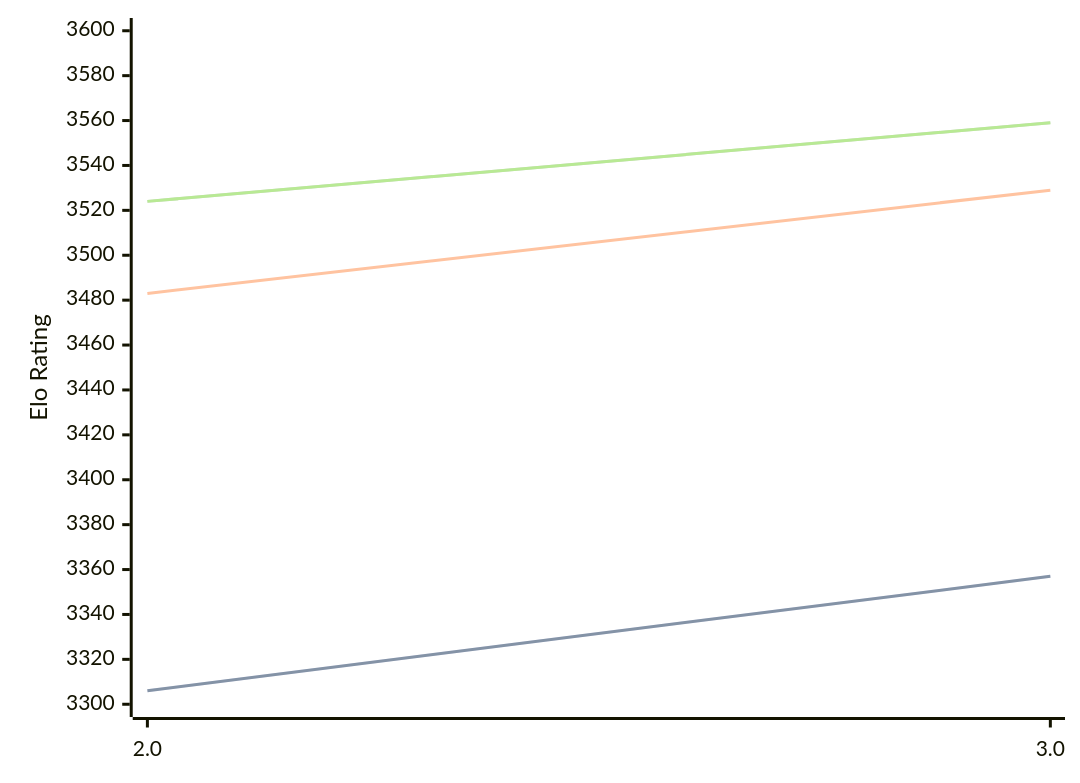
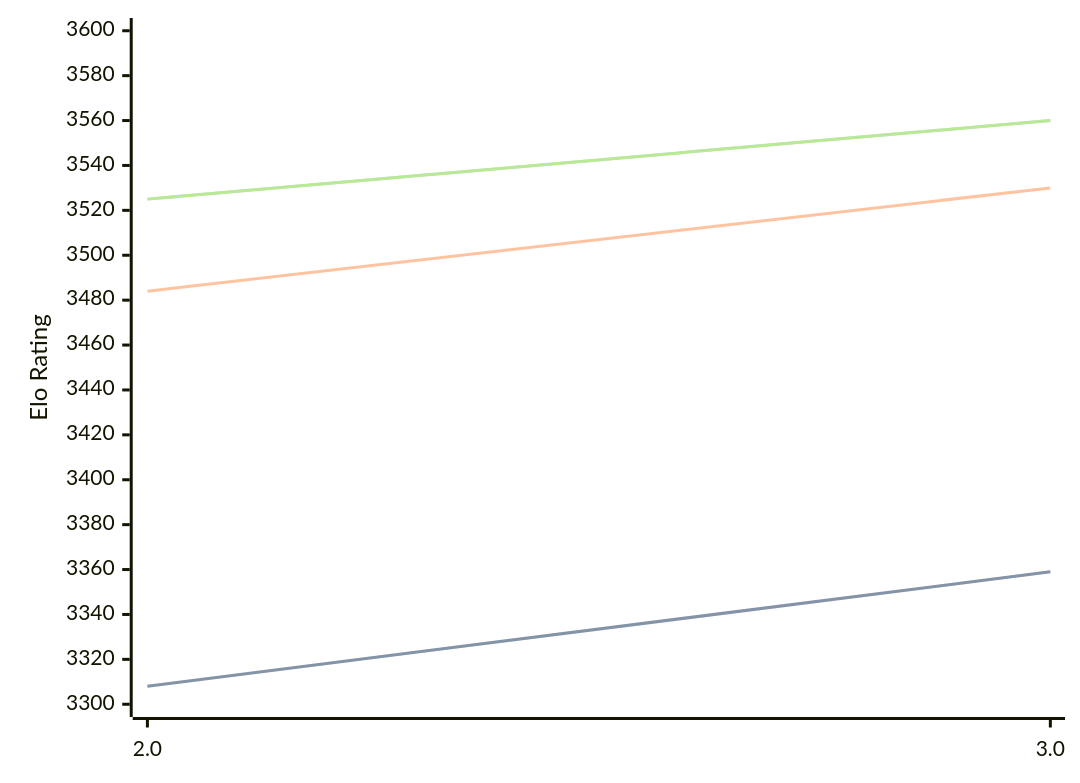
Before and after one commit to computer-chess-index/cci: the diagram in engines/Quanticade.md, drawn with Mermaid. The commit also changed other lines of this file, not shown here.

Commit message:
Update CCI Ratings (ELO VLTC) - 2026-10-09

````diff
--- a/engines/Quanticade.md
+++ b/engines/Quanticade.md
@@ -32,11 +32,11 @@
 ```mermaid
 %%{init: {"theme":"base","themeVariables":{"seriesColors:['#a3a3a3','#222221','#faa371']}}}%%
 xychart-beta
   x-axis ["2.0", "3.0"]
   y-axis "Elo Rating" 3300 --> 3600
-  line "" [3306, 3357]
-  line "STC (8.0+0.08s)" [3306, 3357]
-  line "LTC (60.0+0.60s)" [3483, 3529]
-  line "" [3524, 3559]
-  line "VLTC (2m24s+1.12s)" [3524, 3559]
+  line "" [3308, 3359]
+  line "STC (8.0+0.08s)" [3308, 3359]
+  line "LTC (60.0+0.60s)" [3484, 3530]
+  line "" [3525, 3560]
+  line "VLTC (2m24s+1.12s)" [3525, 3560]
 ```
````
